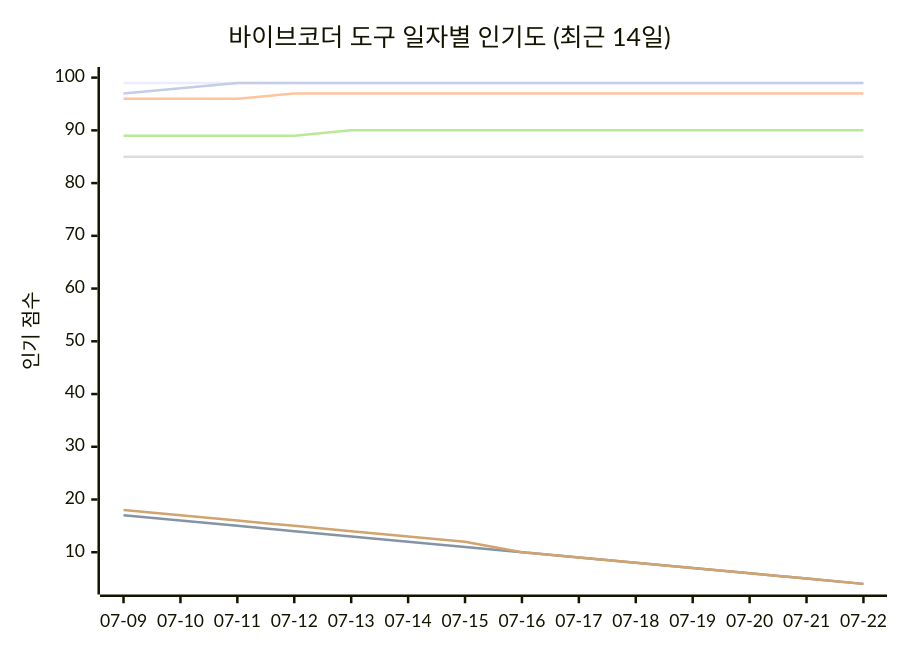
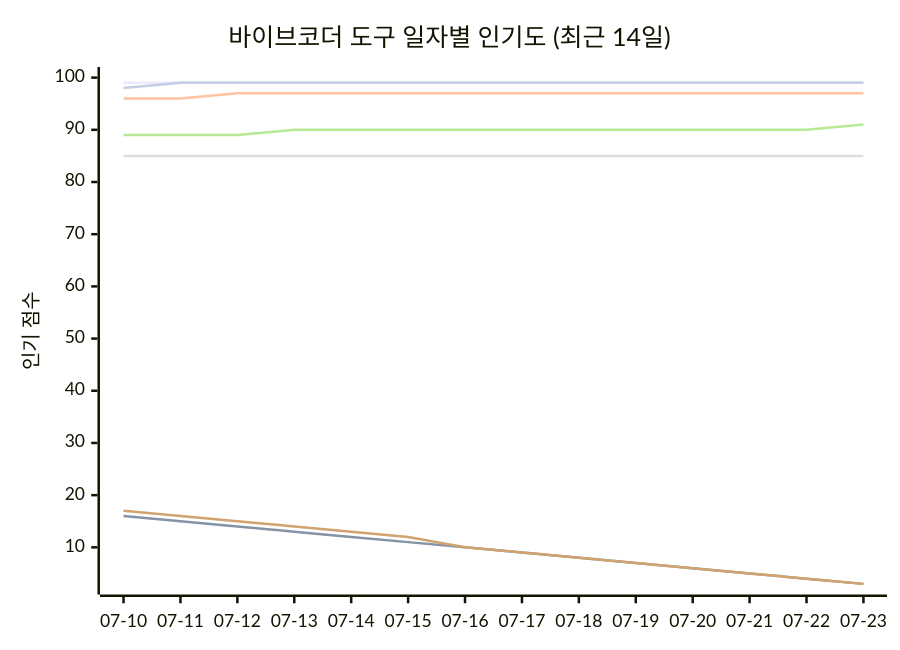
Before and after one commit to tykimos/ai-whatchelin: the seventh of 11 diagrams in README_ko.md, drawn with Mermaid. The commit also changed other lines of this file and 4 other files, not shown here.

````diff
--- a/README_ko.md
+++ b/README_ko.md
@@ -2027,13 +2027,13 @@
 ```mermaid
 xychart-beta
     title "바이브코더 도구 일자별 인기도 (최근 14일)"
-    x-axis ["07-09", "07-10", "07-11", "07-12", "07-13", "07-14", "07-15", "07-16", "07-17", "07-18", "07-19", "07-20", "07-21", "07-22"]
-    y-axis "인기 점수" 4 --> 100
+    x-axis ["07-10", "07-11", "07-12", "07-13", "07-14", "07-15", "07-16", "07-17", "07-18", "07-19", "07-20", "07-21", "07-22", "07-23"]
+    y-axis "인기 점수" 3 --> 100
     line "Claude Code" [99, 99, 99, 99, 99, 99, 99, 99, 99, 99, 99, 99, 99, 99]
-    line "GH Copilot" [17, 16, 15, 14, 13, 12, 11, 10, 9, 8, 7, 6, 5, 4]
-    line "Cursor" [96, 96, 96, 97, 97, 97, 97, 97, 97, 97, 97, 97, 97, 97]
+    line "GH Copilot" [16, 15, 14, 13, 12, 11, 10, 9, 8, 7, 6, 5, 4, 3]
+    line "Cursor" [96, 96, 97, 97, 97, 97, 97, 97, 97, 97, 97, 97, 97, 97]
     line "Windsurf" [85, 85, 85, 85, 85, 85, 85, 85, 85, 85, 85, 85, 85, 85]
-    line "Codex CLI" [89, 89, 89, 89, 90, 90, 90, 90, 90, 90, 90, 90, 90, 90]
-    line "Gemini CLI" [18, 17, 16, 15, 14, 13, 12, 10, 9, 8, 7, 6, 5, 4]
-    line "Antigravity" [97, 98, 99, 99, 99, 99, 99, 99, 99, 99, 99, 99, 99, 99]
+    line "Codex CLI" [89, 89, 89, 90, 90, 90, 90, 90, 90, 90, 90, 90, 90, 91]
+    line "Gemini CLI" [17, 16, 15, 14, 13, 12, 10, 9, 8, 7, 6, 5, 4, 3]
+    line "Antigravity" [98, 99, 99, 99, 99, 99, 99, 99, 99, 99, 99, 99, 99, 99]
 ```
````
